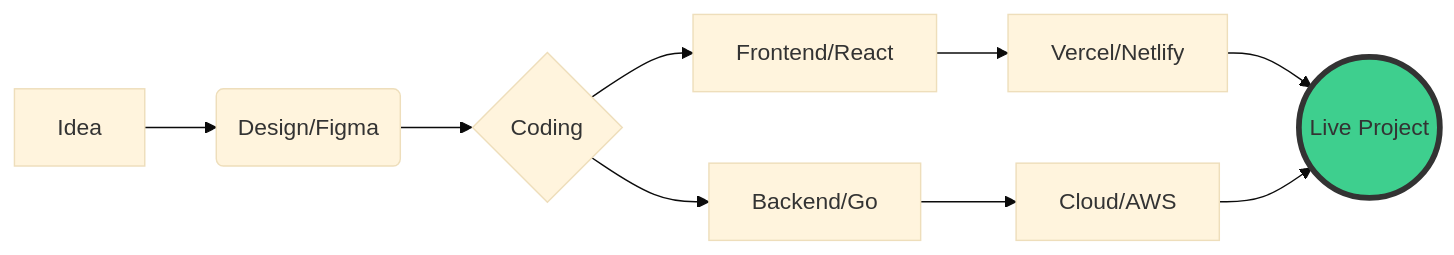
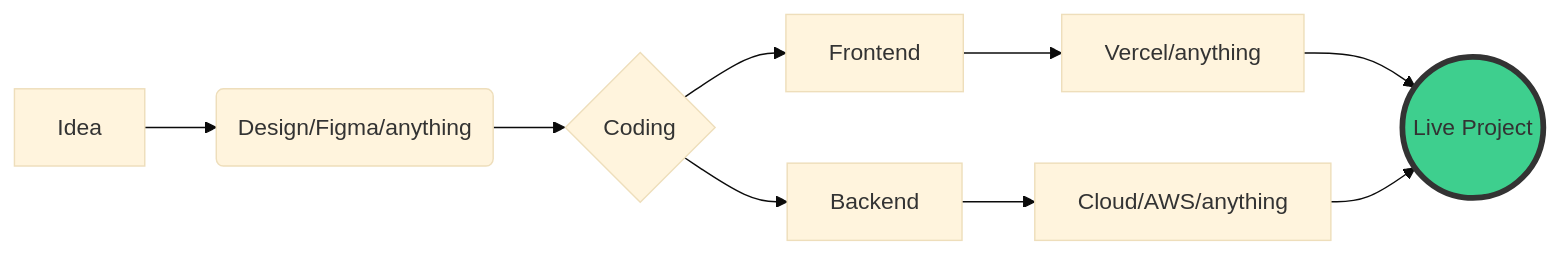
One commit to Algi221/Algi221 changed the diagram in README.md. Above: the diagram before and after it, drawn with Mermaid (base theme).

Commit message:
change workflow desc

````diff
--- a/README.md
+++ b/README.md
@@ -41,12 +41,12 @@
 ```mermaid
 graph LR
-    A[Idea] --> B(Design/Figma)
+    A[Idea] --> B(Design/Figma/anything)
     B --> C{Coding}
-    C --> D[Frontend/React]
-    C --> E[Backend/Go]
-    D --> F[Vercel/Netlify]
-    E --> G[Cloud/AWS]
+    C --> D[Frontend]
+    C --> E[Backend]
+    D --> F[Vercel/anything]
+    E --> G[Cloud/AWS/anything]
     F --> H((Live Project))
     G --> H
     style H fill:#3ECF8E,stroke:#333,stroke-width:4px
 ```
````
